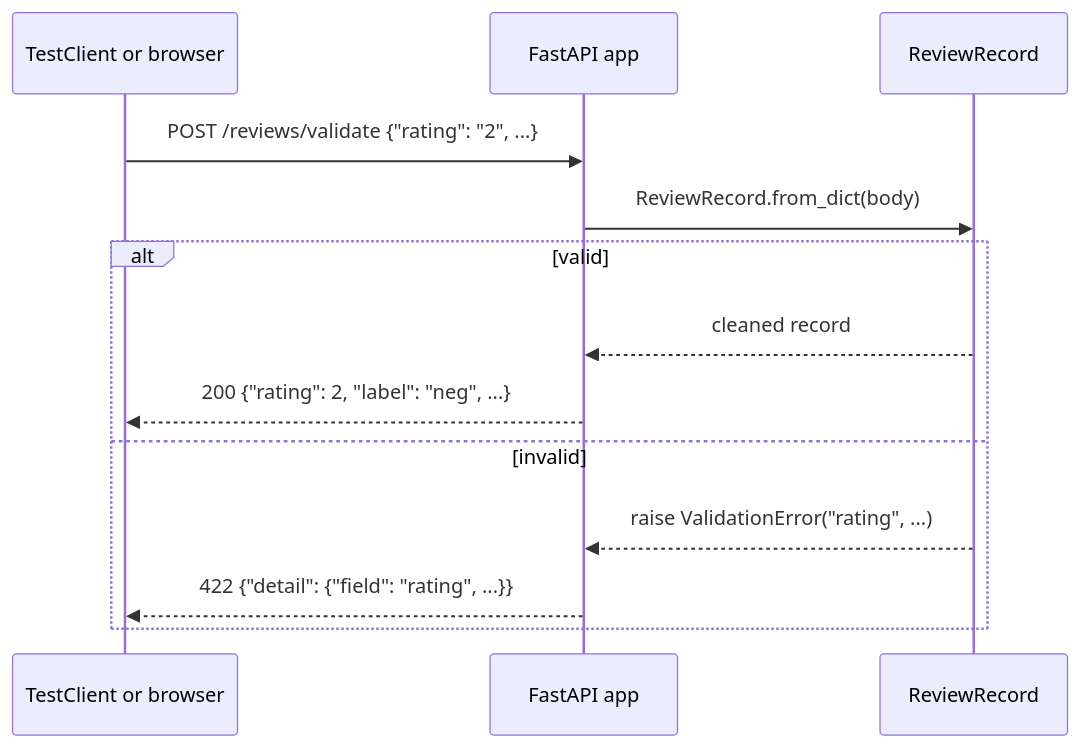
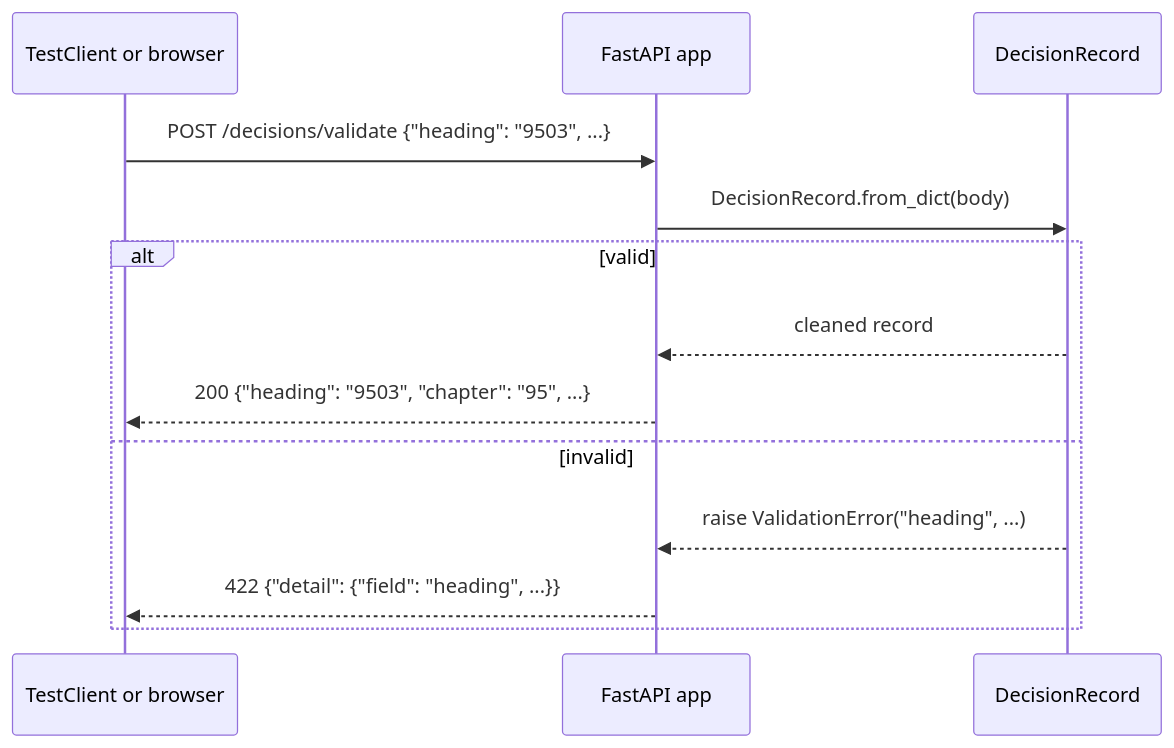
One commit to khoadaniel/statistical-programming-mpmd-htw-ws-2026 changed the fourth of 4 diagrams in sessions/02-software-engineering/theory/02-web-apis.md. Above: the diagram before and after it, drawn with Mermaid. The commit also changed other lines of this file and 268 other files, not shown here.

````diff
--- a/sessions/02-software-engineering/theory/02-web-apis.md
+++ b/sessions/02-software-engineering/theory/02-web-apis.md
@@ -265,15 +265,15 @@
 ```mermaid
 sequenceDiagram
   participant T as TestClient or browser
   participant F as FastAPI app
-  participant R as ReviewRecord
-  T->>F: POST /reviews/validate {"rating": "2", ...}
-  F->>R: ReviewRecord.from_dict(body)
+  participant R as DecisionRecord
+  T->>F: POST /decisions/validate {"heading": "9503", ...}
+  F->>R: DecisionRecord.from_dict(body)
   alt valid
     R-->>F: cleaned record
-    F-->>T: 200 {"rating": 2, "label": "neg", ...}
+    F-->>T: 200 {"heading": "9503", "chapter": "95", ...}
   else invalid
-    R-->>F: raise ValidationError("rating", ...)
-    F-->>T: 422 {"detail": {"field": "rating", ...}}
+    R-->>F: raise ValidationError("heading", ...)
+    F-->>T: 422 {"detail": {"field": "heading", ...}}
   end
 ```
````
